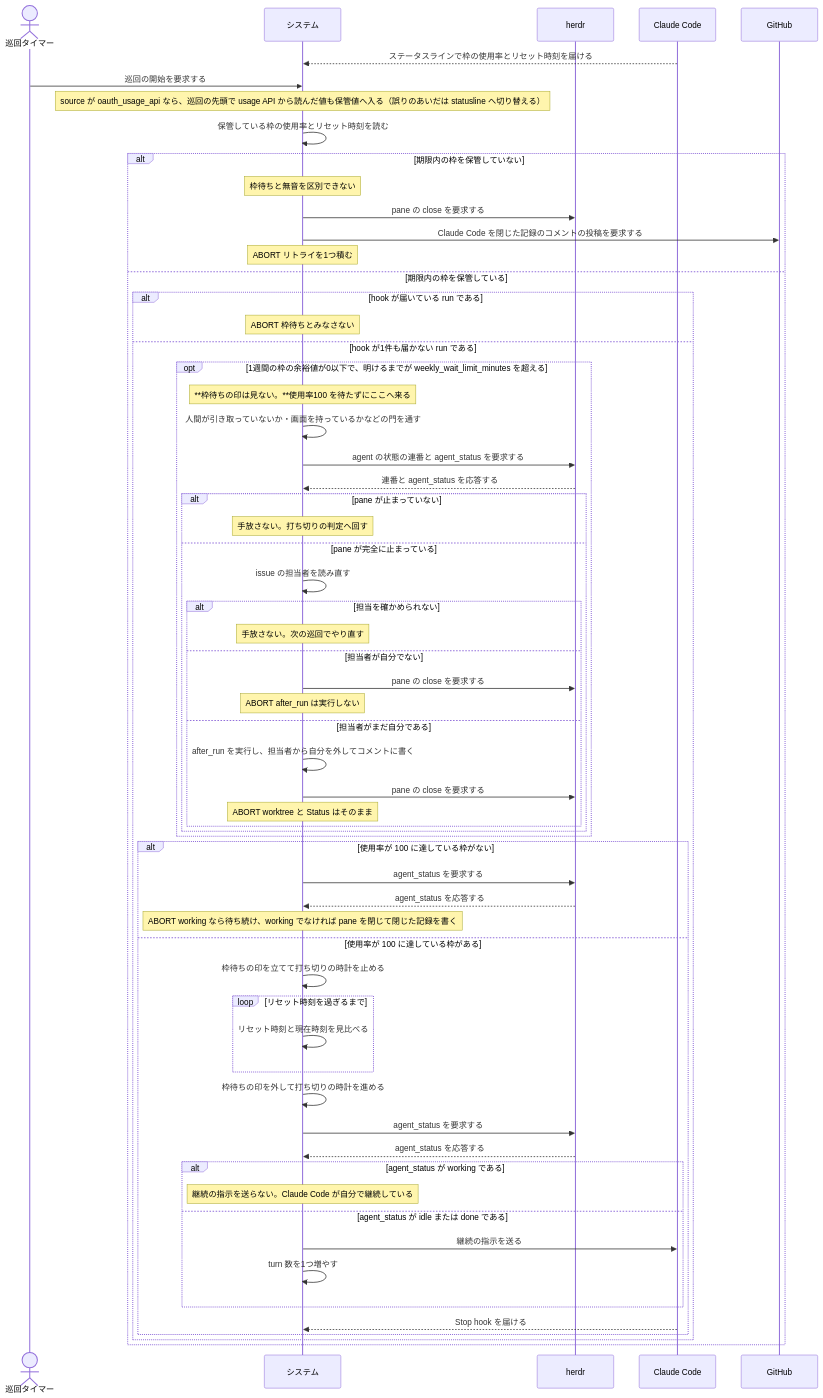
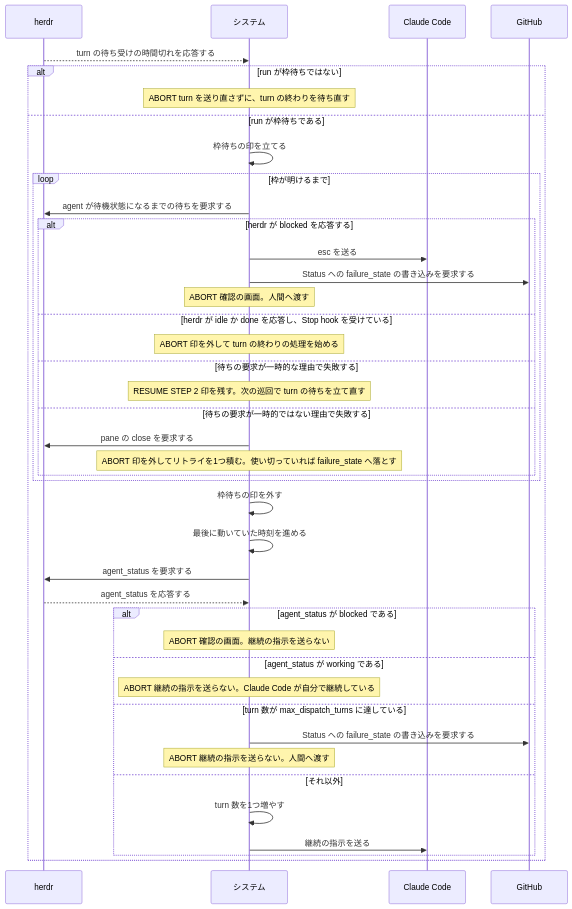
The second of 2 diagrams in docs/spec/usecases/particular_case/レートリミットで待って再開する.rucm.md (maimuzo/continuo), drawn with Mermaid before and after one commit. The commit also changed other lines of this file and 122 other files, not shown here.

````diff
--- a/docs/spec/usecases/particular_case/レートリミットで待って再開する.rucm.md
+++ b/docs/spec/usecases/particular_case/レートリミットで待って再開する.rucm.md
@@ -278,65 +320,44 @@
 ```mermaid
 sequenceDiagram
-    actor T as 巡回タイマー
+    participant H as herdr
     participant S as システム
-    participant H as herdr
     participant CC as Claude Code
     participant GH as GitHub
 
-    CC-->>S: ステータスラインで枠の使用率とリセット時刻を届ける
-    T->>S: 巡回の開始を要求する
-    Note over S: source が oauth_usage_api なら、巡回の先頭で usage API から読んだ値も保管値へ入る（誤りのあいだは statusline へ切り替える）
-    S->>S: 保管している枠の使用率とリセット時刻を読む
-    alt 期限内の枠を保管していない
-        Note over S: 枠待ちと無音を区別できない
-        S->>H: pane の close を要求する
-        S->>GH: Claude Code を閉じた記録のコメントの投稿を要求する
-        Note over S: ABORT リトライを1つ積む
-    else 期限内の枠を保管している
-        alt hook が届いている run である
-            Note over S: ABORT 枠待ちとみなさない
-        else hook が1件も届かない run である
-            opt 1週間の枠の余裕値が0以下で、明けるまでが weekly_wait_limit_minutes を超える
-                Note over S: **枠待ちの印は見ない。**使用率100 を待たずにここへ来る
-                S->>S: 人間が引き取っていないか・画面を持っているかなどの門を通す
-                S->>H: agent の状態の連番と agent_status を要求する
-                H-->>S: 連番と agent_status を応答する
-                alt pane が止まっていない
-                    Note over S: 手放さない。打ち切りの判定へ回す
-                else pane が完全に止まっている
-                    S->>S: issue の担当者を読み直す
-                    alt 担当を確かめられない
-                        Note over S: 手放さない。次の巡回でやり直す
-                    else 担当者が自分でない
-                        S->>H: pane の close を要求する
-                        Note over S: ABORT after_run は実行しない
-                    else 担当者がまだ自分である
-                        S->>S: after_run を実行し、担当者から自分を外してコメントに書く
-                        S->>H: pane の close を要求する
-                        Note over S: ABORT worktree と Status はそのまま
-                    end
-                end
+    H-->>S: turn の待ち受けの時間切れを応答する
+    alt run が枠待ちではない
+        Note over S: ABORT turn を送り直さずに、turn の終わりを待ち直す
+    else run が枠待ちである
+        S->>S: 枠待ちの印を立てる
+        loop 枠が明けるまで
+            S->>H: agent が待機状態になるまでの待ちを要求する
+            alt herdr が blocked を応答する
+                S->>CC: esc を送る
+                S->>GH: Status への failure_state の書き込みを要求する
+                Note over S: ABORT 確認の画面。人間へ渡す
+            else herdr が idle か done を応答し、Stop hook を受けている
+                Note over S: ABORT 印を外して turn の終わりの処理を始める
+            else 待ちの要求が一時的な理由で失敗する
+                Note over S: RESUME STEP 2 印を残す。次の巡回で turn の待ちを立て直す
+            else 待ちの要求が一時的ではない理由で失敗する
+                S->>H: pane の close を要求する
+                Note over S: ABORT 印を外してリトライを1つ積む。使い切っていれば failure_state へ落とす
             end
-            alt 使用率が 100 に達している枠がない
-                S->>H: agent_status を要求する
-                H-->>S: agent_status を応答する
-                Note over S: ABORT working なら待ち続け、working でなければ pane を閉じて閉じた記録を書く
-            else 使用率が 100 に達している枠がある
-                S->>S: 枠待ちの印を立てて打ち切りの時計を止める
-                loop リセット時刻を過ぎるまで
-                    S->>S: リセット時刻と現在時刻を見比べる
-                end
-                S->>S: 枠待ちの印を外して打ち切りの時計を進める
-                S->>H: agent_status を要求する
-                H-->>S: agent_status を応答する
-                alt agent_status が working である
-                    Note over S: 継続の指示を送らない。Claude Code が自分で継続している
-                else agent_status が idle または done である
-                    S->>CC: 継続の指示を送る
-                    S->>S: turn 数を1つ増やす
-                end
-                CC-->>S: Stop hook を届ける
-            end
+        end
+        S->>S: 枠待ちの印を外す
+        S->>S: 最後に動いていた時刻を進める
+        S->>H: agent_status を要求する
+        H-->>S: agent_status を応答する
+        alt agent_status が blocked である
+            Note over S: ABORT 確認の画面。継続の指示を送らない
+        else agent_status が working である
+            Note over S: ABORT 継続の指示を送らない。Claude Code が自分で継続している
+        else turn 数が max_dispatch_turns に達している
+            S->>GH: Status への failure_state の書き込みを要求する
+            Note over S: ABORT 継続の指示を送らない。人間へ渡す
+        else それ以外
+            S->>S: turn 数を1つ増やす
+            S->>CC: 継続の指示を送る
         end
     end
 ```
````
